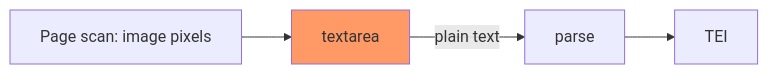
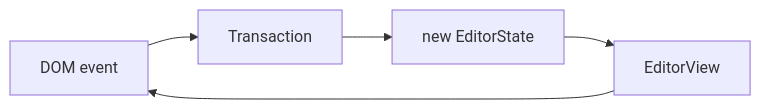
The diagram in ambuda/static/js/pm-editor/README.md (ambuda-org/ambuda), drawn with Mermaid before and after one commit. The commit also changed other lines of this file and 5 other files, not shown here.

````diff
--- a/ambuda/static/js/pm-editor/README.md
+++ b/ambuda/static/js/pm-editor/README.md
@@ -15,5 +35,4 @@
 ```mermaid
 graph LR;
-    A[Page scan: image pixels]-->B[textarea]:::someclass--plain text-->C[parse]-->D[TEI];
-    classDef someclass fill:#f96;
+A[DOM event] --> Transaction --> C[new EditorState] --> EditorView --> A;
 ```
````
